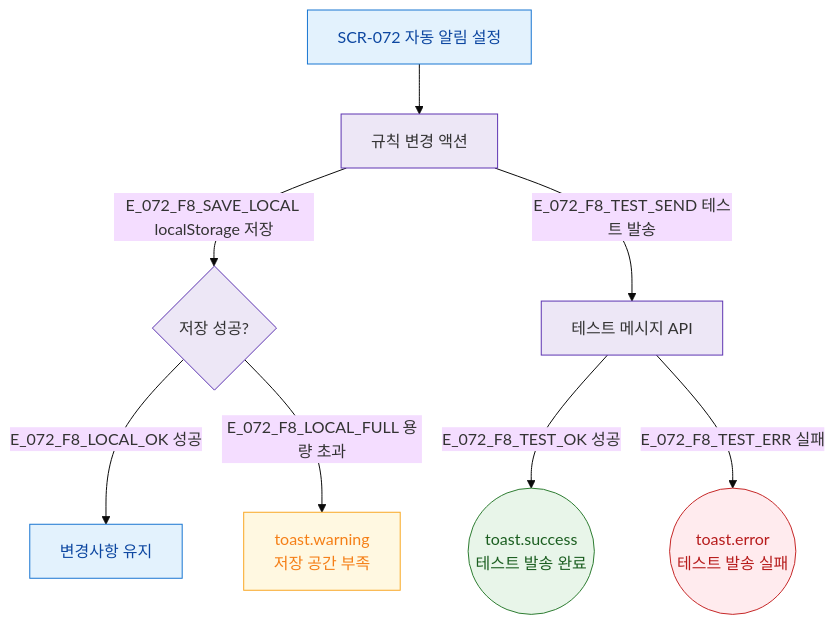
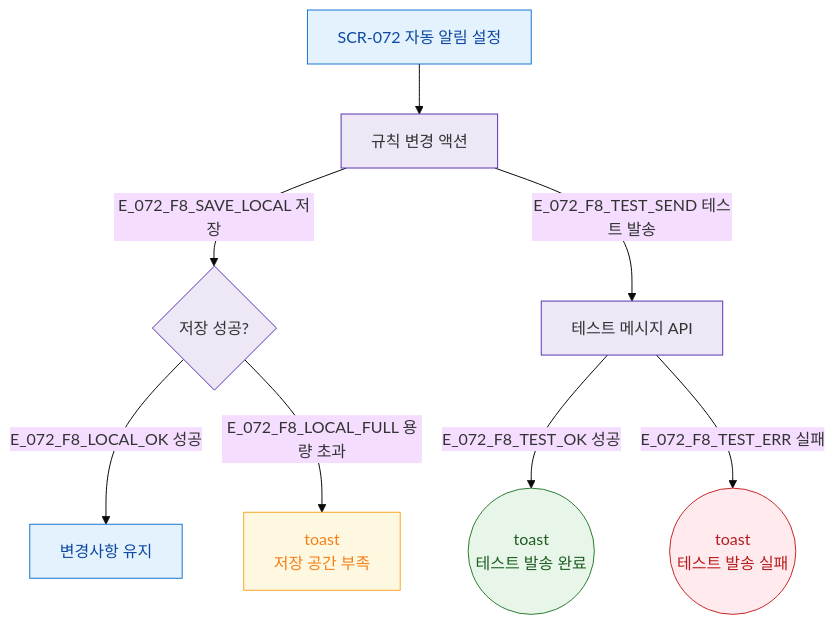
The diagram in docs/다이어그램/D08_마케팅/SCR-072_자동알림설정/F8_에러예외.md (dev-spogym/admin-pando), drawn with Mermaid (base theme) before and after one commit. The commit also changed other lines of this file and 1660 other files, not shown here.

First line of the commit message:
다이어그램: 기획자/클라이언트 납품본으로 정리

````diff
--- a/docs/다이어그램/D08_마케팅/SCR-072_자동알림설정/F8_에러예외.md
+++ b/docs/다이어그램/D08_마케팅/SCR-072_자동알림설정/F8_에러예외.md
@@ -14,24 +12,24 @@
 ```mermaid
 flowchart TD
   SCR_072[SCR-072 자동 알림 설정] --> ACT[규칙 변경 액션]
 
-  ACT -->|E_072_F8_SAVE_LOCAL localStorage 저장| LOCAL{저장 성공?}
-  LOCAL -->|E_072_F8_LOCAL_OK 성공| SAVED[변경사항 유지]
-  LOCAL -->|E_072_F8_LOCAL_FULL 용량 초과| ERR_QUOTA[toast.warning\n저장 공간 부족]
+  ACT -->|E_072_F8_SAVE_LOCAL 저장|LOCAL{저장 성공?}
+  LOCAL -->|E_072_F8_LOCAL_OK 성공|SAVED[변경사항 유지]
+  LOCAL -->|E_072_F8_LOCAL_FULL 용량 초과|ERR_QUOTA[toast\n저장 공간 부족]
 
-  ACT -->|E_072_F8_TEST_SEND 테스트 발송| TEST_API[테스트 메시지 API]
-  TEST_API -->|E_072_F8_TEST_OK 성공| T_OK((toast.success\n테스트 발송 완료))
-  TEST_API -->|E_072_F8_TEST_ERR 실패| T_ERR((toast.error\n테스트 발송 실패))
+  ACT -->|E_072_F8_TEST_SEND 테스트 발송|TEST_API[테스트 메시지 API]
+  TEST_API -->|E_072_F8_TEST_OK 성공|T_OK((toast\n테스트 발송 완료))
+  TEST_API -->|E_072_F8_TEST_ERR 실패|T_ERR((toast\n테스트 발송 실패))
 
-  classDef screen      fill:#E3F2FD,stroke:#1976D2,color:#0D47A1
-  classDef success     fill:#E8F5E9,stroke:#2E7D32,color:#1B5E20
-  classDef error       fill:#FFEBEE,stroke:#C62828,color:#B71C1C
-  classDef warning     fill:#FFF8E1,stroke:#F9A825,color:#F57F17
-  classDef system      fill:#EDE7F6,stroke:#5E35B2
+  classDef screen fill:#E3F2FD,stroke:#1976D2,color:#0D47A1
+  classDef success fill:#E8F5E9,stroke:#2E7D32,color:#1B5E20
+  classDef error fill:#FFEBEE,stroke:#C62828,color:#B71C1C
+  classDef warning fill:#FFF8E1,stroke:#F9A825,color:#F57F17
+  classDef system fill:#EDE7F6,stroke:#5E35B2
 
   class SCR_072,SAVED screen
   class T_OK success
   class T_ERR error
   class ERR_QUOTA warning
   class ACT,LOCAL,TEST_API system
 ```
````
